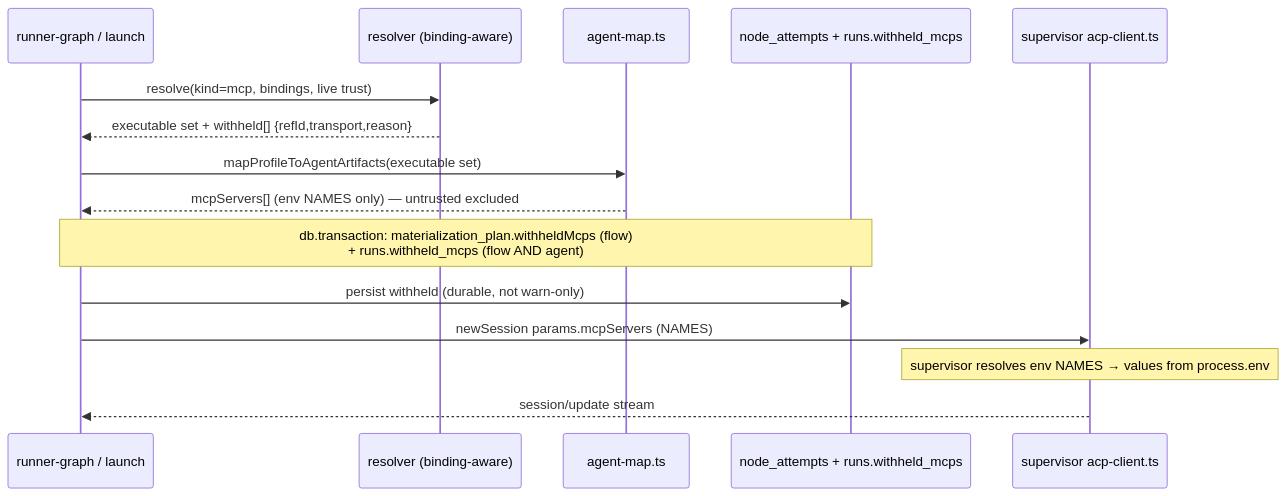
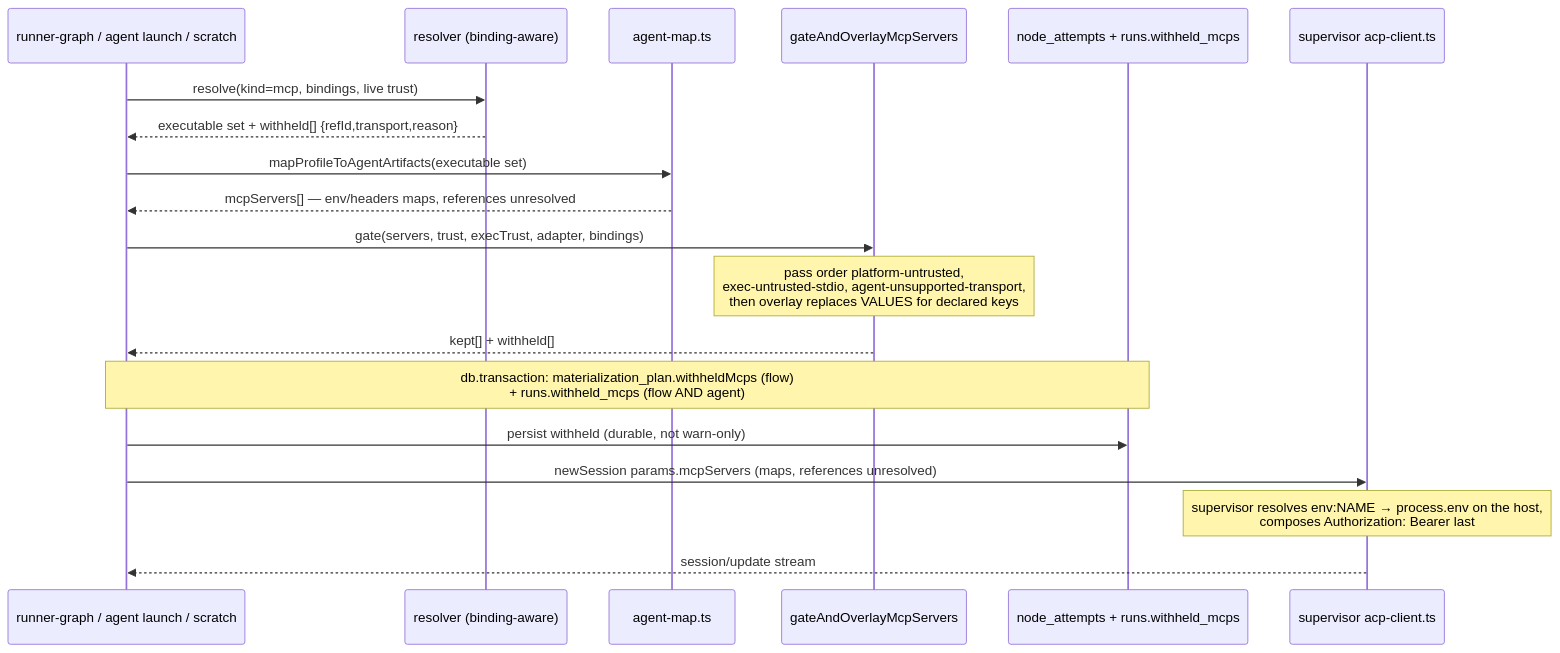
Before and after one commit to maister-dev/maister: the fifth of 6 diagrams in docs/system-analytics/mcp-management.md, drawn with Mermaid. The commit also changed other lines of this file and 24 other files, not shown here.

First line of the commit message:
docs(mcp): ADR-179 — value maps, bearer field, value-replacing overlays, env-ref readiness, transport gate; analytics/API/DB contracts

````diff
--- a/docs/system-analytics/mcp-management.md
+++ b/docs/system-analytics/mcp-management.md
@@ -163,18 +188,22 @@
 ```mermaid
 sequenceDiagram
-    participant R as runner-graph / launch
+    participant R as runner-graph / agent launch / scratch
     participant Res as resolver (binding-aware)
     participant Map as agent-map.ts
+    participant G as gateAndOverlayMcpServers
     participant L as node_attempts + runs.withheld_mcps
     participant S as supervisor acp-client.ts
 
     R->>Res: resolve(kind=mcp, bindings, live trust)
     Res-->>R: executable set + withheld[] {refId,transport,reason}
     R->>Map: mapProfileToAgentArtifacts(executable set)
-    Map-->>R: mcpServers[] (env NAMES only) — untrusted excluded
+    Map-->>R: mcpServers[] — env/headers maps, references unresolved
+    R->>G: gate(servers, trust, execTrust, adapter, bindings)
+    note over G: pass order platform-untrusted,<br/>exec-untrusted-stdio, agent-unsupported-transport,<br/>then overlay replaces VALUES for declared keys
+    G-->>R: kept[] + withheld[]
     note over R,L: db.transaction: materialization_plan.withheldMcps (flow)<br/>+ runs.withheld_mcps (flow AND agent)
     R->>L: persist withheld (durable, not warn-only)
-    R->>S: newSession params.mcpServers (NAMES)
-    note over S: supervisor resolves env NAMES → values from process.env
+    R->>S: newSession params.mcpServers (maps, references unresolved)
+    note over S: supervisor resolves env:NAME → process.env on the host,<br/>composes Authorization: Bearer last
     S-->>R: session/update stream
 ```
````
